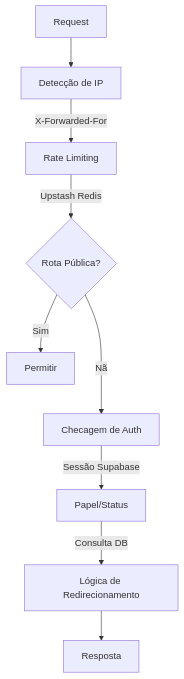
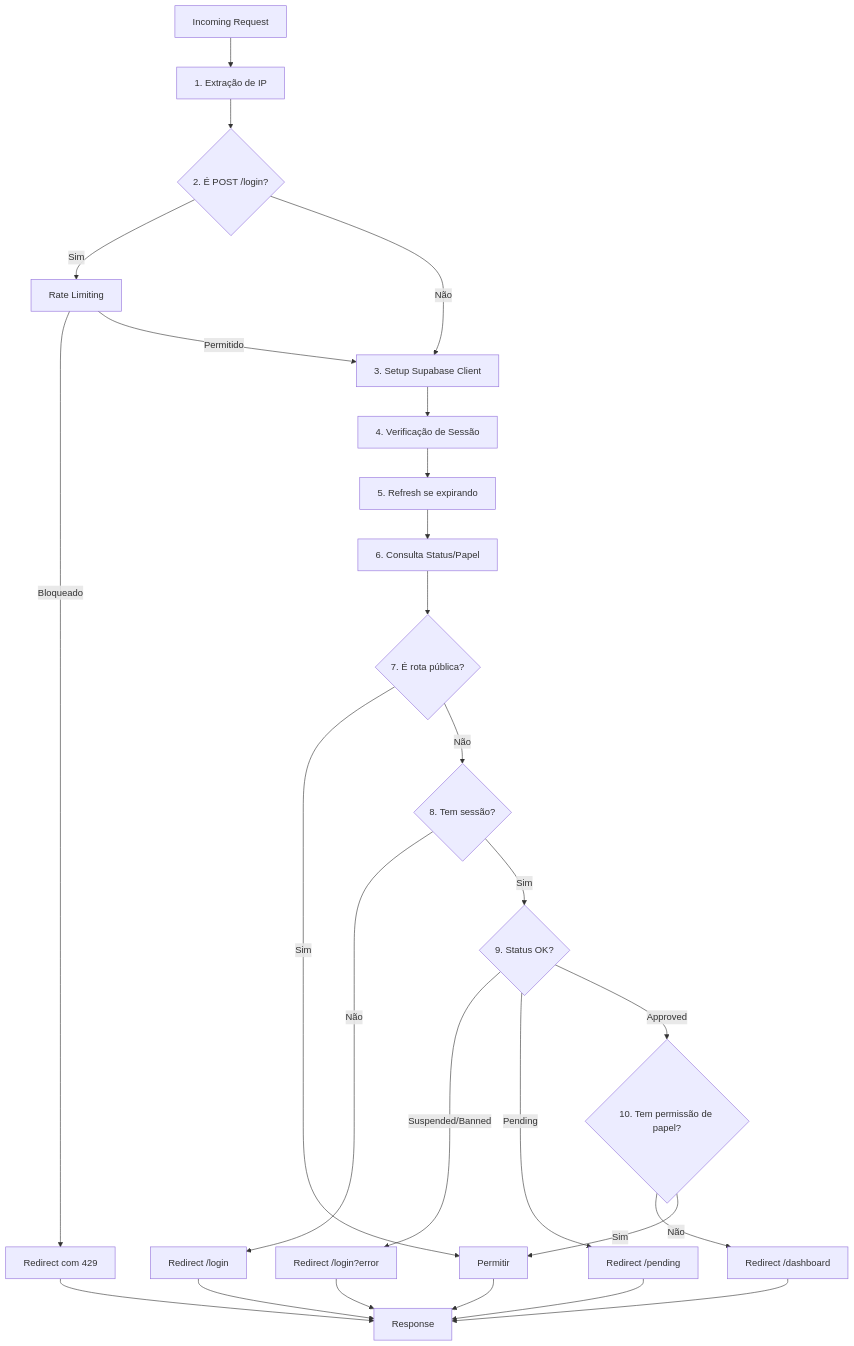
The diagram in docs/security.md (TavaresBugs/journal-nextjs), drawn with Mermaid before and after one commit. The commit also changed other lines of this file, not shown here.

````diff
--- a/docs/security.md
+++ b/docs/security.md
@@ -47,11 +134,28 @@
 ```mermaid
 graph TD
-    A[Request] --> B[Detecção de IP]
-    B -->|X-Forwarded-For| C[Rate Limiting]
-    C -->|Upstash Redis| D{Rota Pública?}
-    D --Sim--> E[Permitir]
-    D --Não--> F[Checagem de Auth]
-    F -->|Sessão Supabase| G[Papel/Status]
-    G -->|Consulta DB| H[Lógica de Redirecionamento]
-    H --> I[Resposta]
+    A[Incoming Request] --> B[1. Extração de IP]
+    B --> C{2. É POST /login?}
+    C -->|Sim| D[Rate Limiting]
+    C -->|Não| E[3. Setup Supabase Client]
+    D -->|Bloqueado| F[Redirect com 429]
+    D -->|Permitido| E
+    E --> G[4. Verificação de Sessão]
+    G --> H[5. Refresh se expirando]
+    H --> I[6. Consulta Status/Papel]
+    I --> J{7. É rota pública?}
+    J -->|Sim| K[Permitir]
+    J -->|Não| L{8. Tem sessão?}
+    L -->|Não| M[Redirect /login]
+    L -->|Sim| N{9. Status OK?}
+    N -->|Suspended/Banned| O[Redirect /login?error]
+    N -->|Pending| P[Redirect /pending]
+    N -->|Approved| Q{10. Tem permissão de papel?}
+    Q -->|Não| R[Redirect /dashboard]
+    Q -->|Sim| K
+    K --> S[Response]
+    F --> S
+    M --> S
+    O --> S
+    P --> S
+    R --> S
 ```
````
